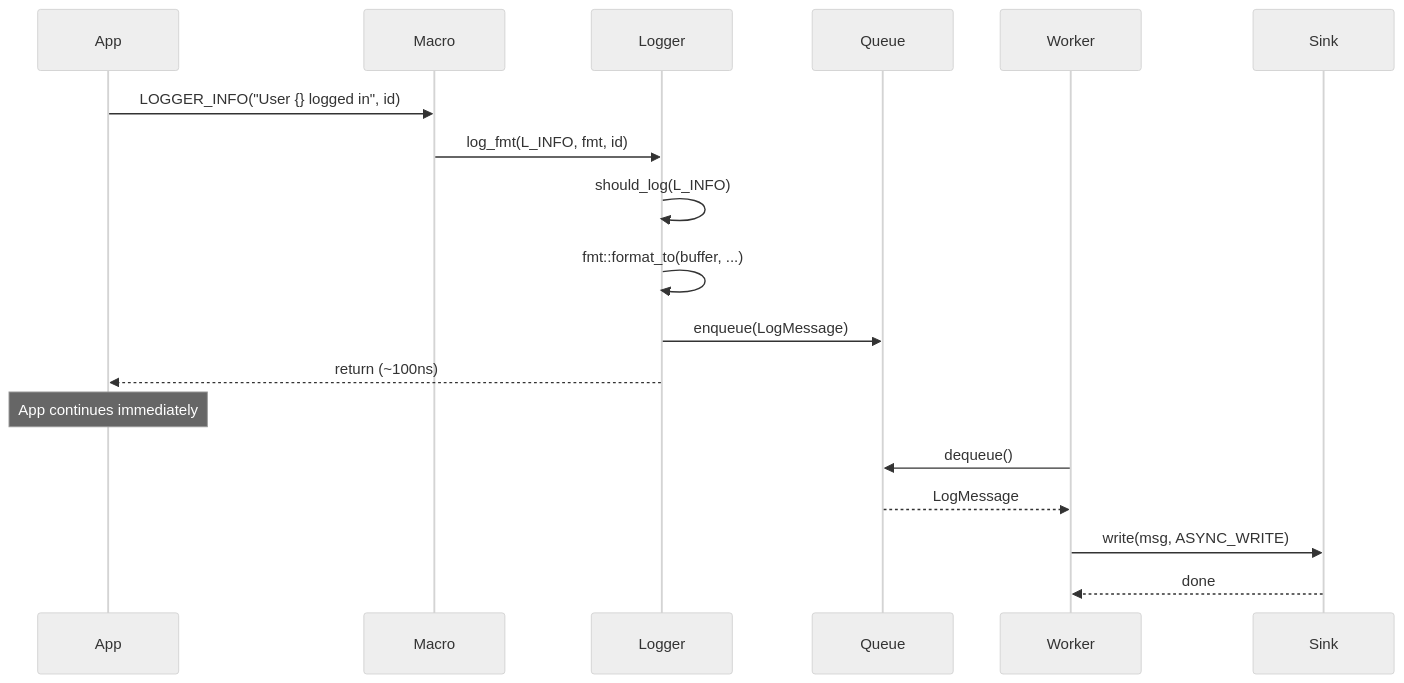
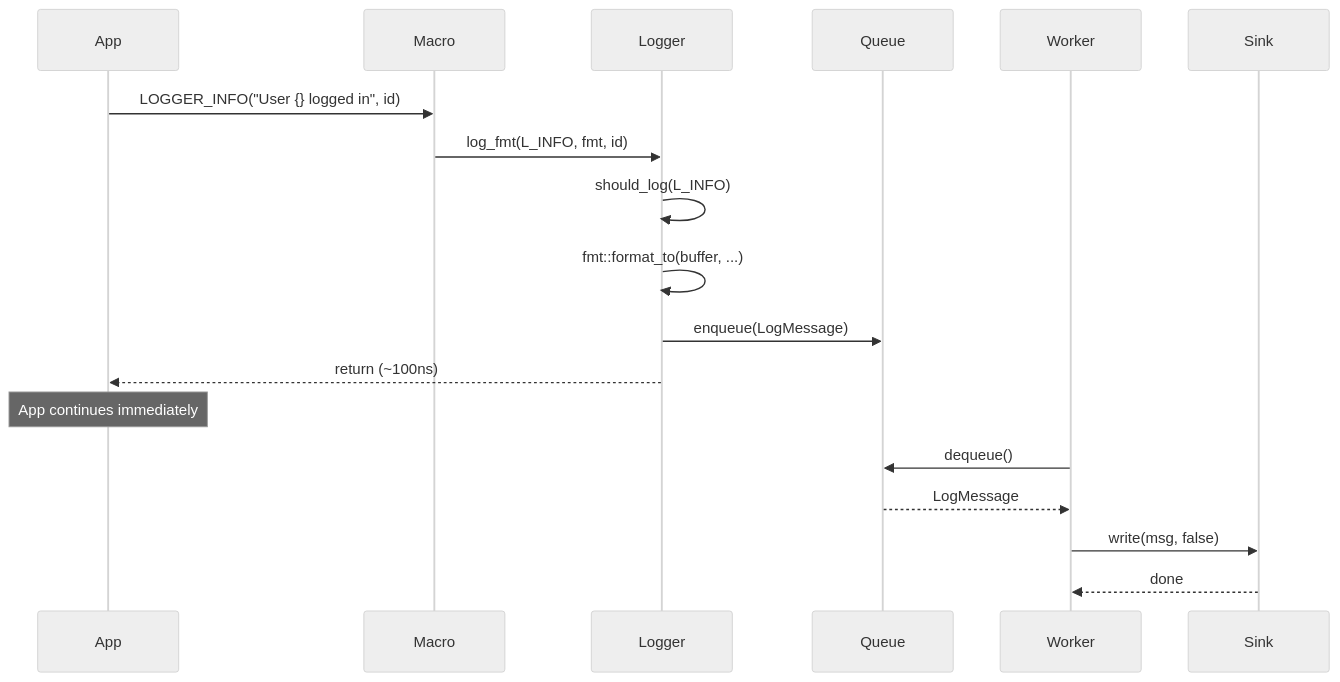
One commit to Qing-LAB/pylabhub changed the third of 6 diagrams in cpp/docs/HEP/HEP-CORE-0004-async-logger.md. Above: the diagram before and after it, drawn with Mermaid (neutral theme). The commit also changed other lines of this file and 27 other files, not shown here.

````diff
--- a/cpp/docs/HEP/HEP-CORE-0004-async-logger.md
+++ b/cpp/docs/HEP/HEP-CORE-0004-async-logger.md
@@ -235,22 +235,22 @@
 ```mermaid
 sequenceDiagram
     participant App
     participant Macro
     participant Logger
     participant Queue
     participant Worker
     participant Sink
 
     App->>Macro: LOGGER_INFO("User {} logged in", id)
     Macro->>Logger: log_fmt(L_INFO, fmt, id)
     Logger->>Logger: should_log(L_INFO)
     Logger->>Logger: fmt::format_to(buffer, ...)
     Logger->>Queue: enqueue(LogMessage)
     Logger-->>App: return (~100ns)
     Note over App: App continues immediately
 
     Worker->>Queue: dequeue()
     Queue-->>Worker: LogMessage
-    Worker->>Sink: write(msg, ASYNC_WRITE)
+    Worker->>Sink: write(msg, false)
     Sink-->>Worker: done
 ```
````
